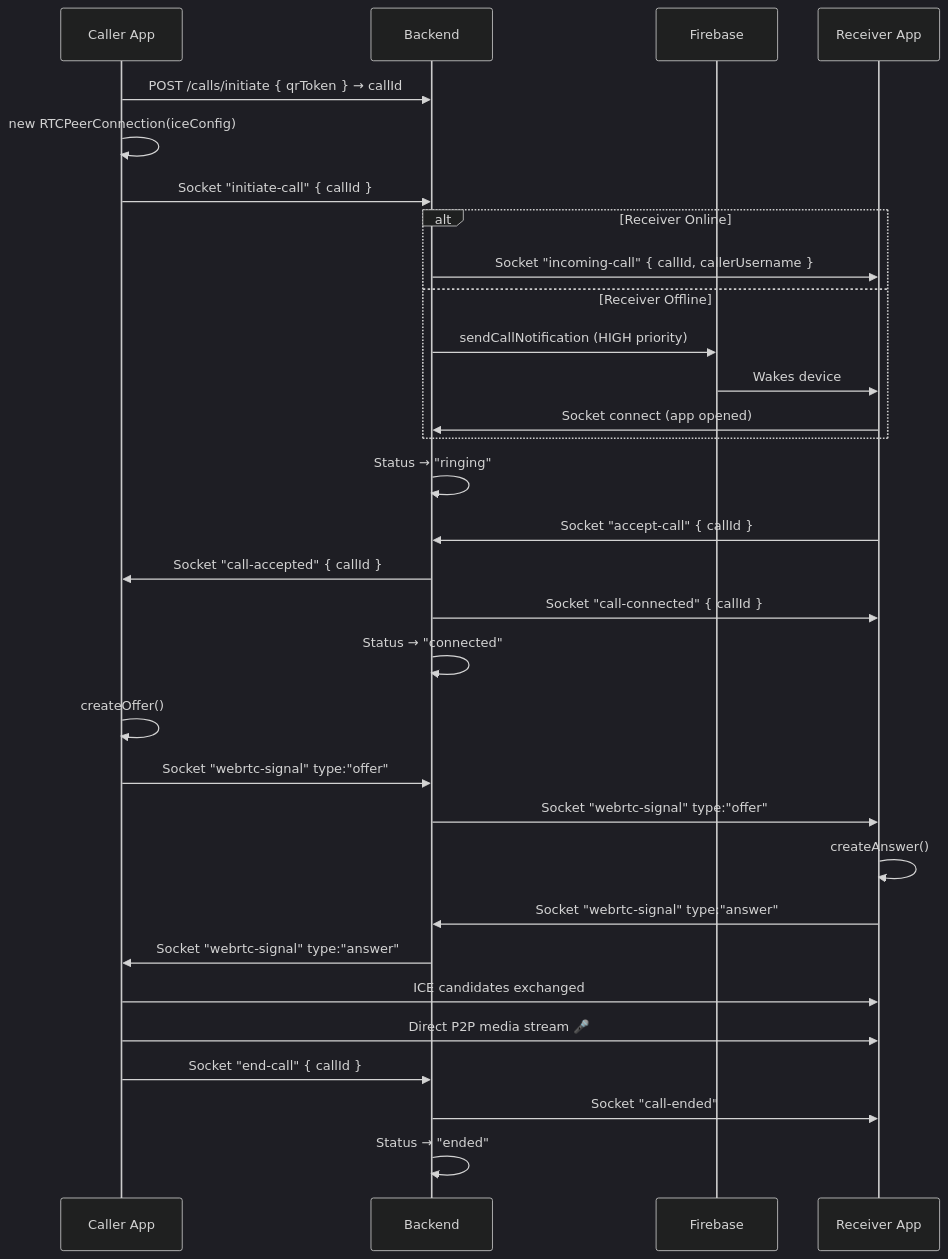
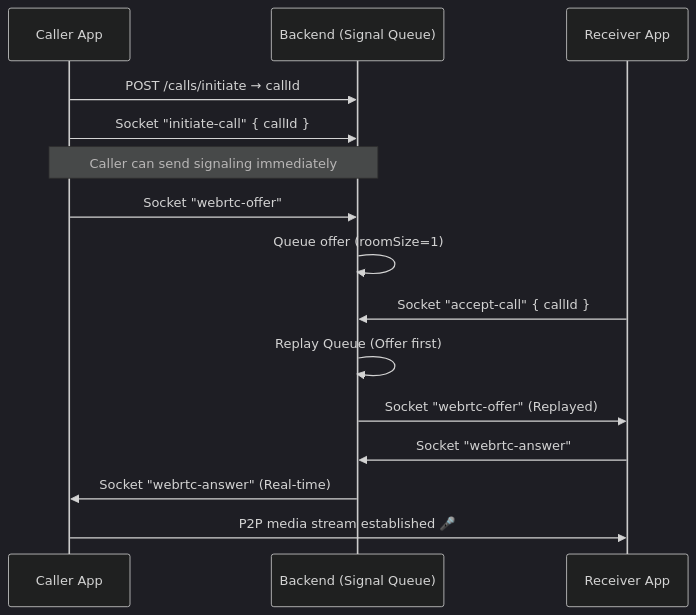
One commit to advikainnovate/callqr-backend changed the diagram in docs/CALLS_AND_WEBRTC.md. Above: the diagram before and after it, drawn with Mermaid (dark theme). The commit also changed other lines of this file and 5 other files, not shown here.

````diff
--- a/docs/CALLS_AND_WEBRTC.md
+++ b/docs/CALLS_AND_WEBRTC.md
@@ -166,39 +172,22 @@
 ```mermaid
 sequenceDiagram
     participant CA as Caller App
-    participant BE as Backend
-    participant FCM as Firebase
+    participant BE as Backend (Signal Queue)
     participant RA as Receiver App
 
-    CA->>BE: POST /calls/initiate { qrToken } → callId
-    CA->>CA: new RTCPeerConnection(iceConfig)
+    CA->>BE: POST /calls/initiate → callId
     CA->>BE: Socket "initiate-call" { callId }
 
-    alt Receiver Online
-        BE->>RA: Socket "incoming-call" { callId, callerUsername }
-    else Receiver Offline
-        BE->>FCM: sendCallNotification (HIGH priority)
-        FCM->>RA: Wakes device
-        RA->>BE: Socket connect (app opened)
-    end
+    Note over CA, BE: Caller can send signaling immediately
+    CA->>BE: Socket "webrtc-offer"
+    BE->>BE: Queue offer (roomSize=1)
 
-    BE->>BE: Status → "ringing"
     RA->>BE: Socket "accept-call" { callId }
-    BE->>CA: Socket "call-accepted" { callId }
-    BE->>RA: Socket "call-connected" { callId }
-    BE->>BE: Status → "connected"
+    BE->>BE: Replay Queue (Offer first)
+    BE->>RA: Socket "webrtc-offer" (Replayed)
 
-    CA->>CA: createOffer()
-    CA->>BE: Socket "webrtc-signal" type:"offer"
-    BE->>RA: Socket "webrtc-signal" type:"offer"
-    RA->>RA: createAnswer()
-    RA->>BE: Socket "webrtc-signal" type:"answer"
-    BE->>CA: Socket "webrtc-signal" type:"answer"
+    RA->>BE: Socket "webrtc-answer"
+    BE->>CA: Socket "webrtc-answer" (Real-time)
 
-    CA->>RA: ICE candidates exchanged
-    CA->>RA: Direct P2P media stream 🎤
-
-    CA->>BE: Socket "end-call" { callId }
-    BE->>RA: Socket "call-ended"
-    BE->>BE: Status → "ended"
+    CA->>RA: P2P media stream established 🎤
 ```
````
